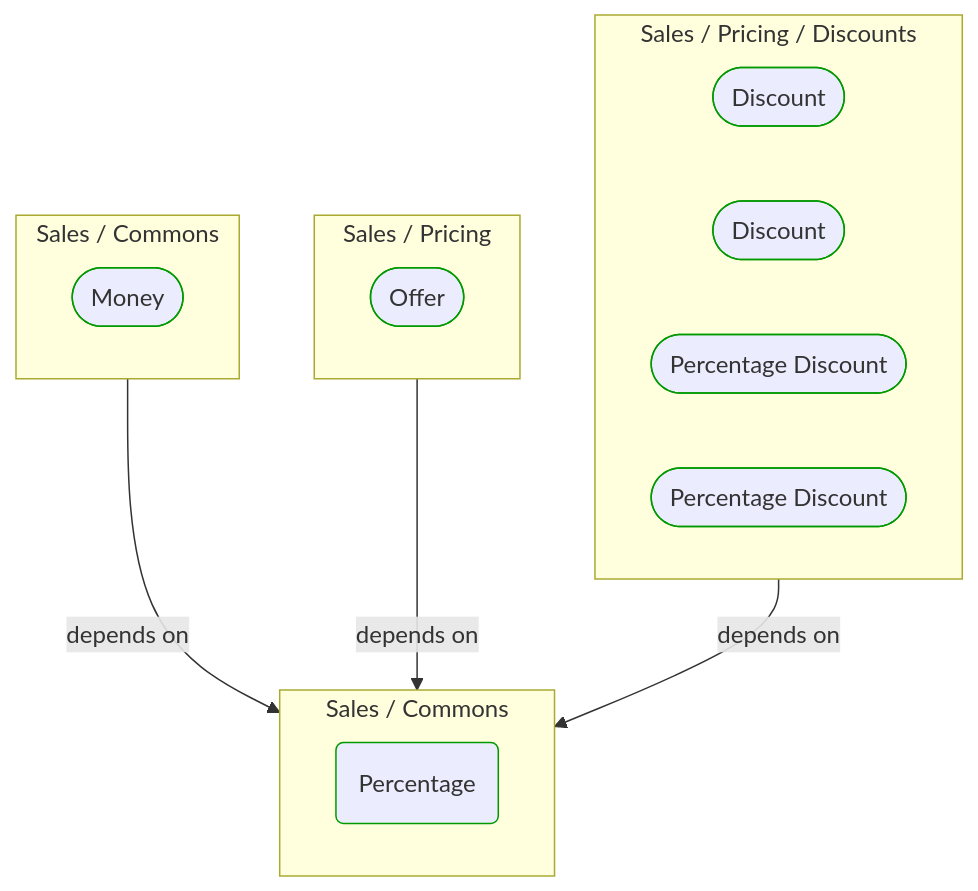
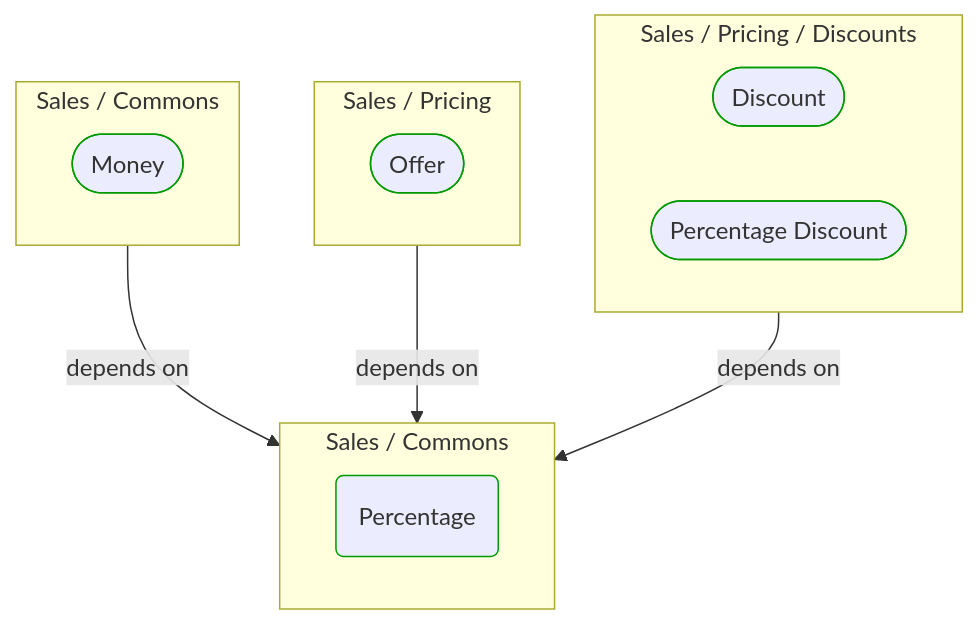
The diagram in Docs/P3/MermaidOutput/Domain/Concepts/Sales/Commons/Percentage.md (itlibrium/DDD-starter-dotnet), drawn with Mermaid before and after one commit. The commit also changed other lines of this file and 102 other files, not shown here.

````diff
--- a/Docs/P3/MermaidOutput/Domain/Concepts/Sales/Commons/Percentage.md
+++ b/Docs/P3/MermaidOutput/Domain/Concepts/Sales/Commons/Percentage.md
@@ -20,31 +20,27 @@
 ```mermaid
   flowchart TB
     subgraph 0["Sales / Commons"]
       1([Money])
       class 1 DomainPerspective
     end
     subgraph 2["Sales / Pricing"]
       3([Offer])
       class 3 DomainPerspective
     end
     subgraph 4["Sales / Pricing / Discounts"]
       5([Discount])
       class 5 DomainPerspective
-      6([Discount])
+      6([Percentage Discount])
       class 6 DomainPerspective
-      7([Percentage Discount])
-      class 7 DomainPerspective
-      8([Percentage Discount])
+    end
+    subgraph 7["Sales / Commons"]
+      8(Percentage)
       class 8 DomainPerspective
     end
-    subgraph 9["Sales / Commons"]
-      10(Percentage)
-      class 10 DomainPerspective
-    end
-    0-->|depends on|9
-    2-->|depends on|9
-    4-->|depends on|9
+    0-->|depends on|7
+    2-->|depends on|7
+    4-->|depends on|7
     classDef DomainPerspective stroke:#009900
     classDef TechnologyPerspective stroke:#1F41EB
     classDef PeoplePerspective stroke:#FFF014
 ```
````
